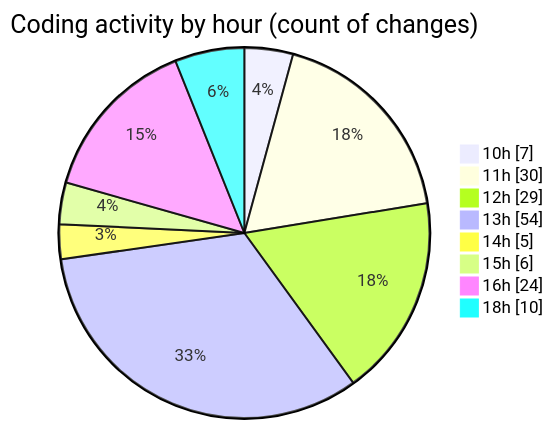
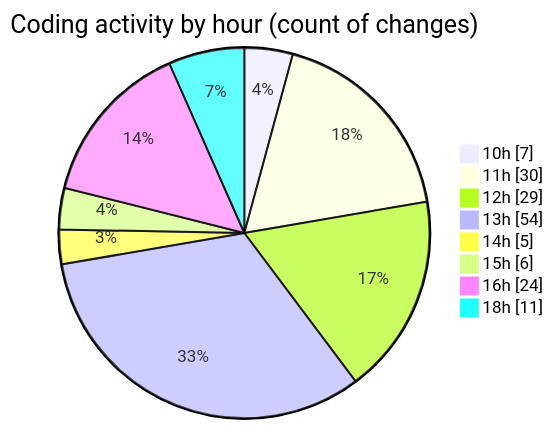
The second of 2 diagrams in 2025-06-26/cda/README.md (momahboobian/code-tracking), drawn with Mermaid before and after one commit. The commit also changed other lines of this file and 1 other file, not shown here.

````diff
--- a/2025-06-26/cda/README.md
+++ b/2025-06-26/cda/README.md
@@ -44,12 +44,12 @@
 ```mermaid
 pie showData
 title Coding activity by hour (count of changes)
 "10h" : 7
 "11h" : 30
 "12h" : 29
 "13h" : 54
 "14h" : 5
 "15h" : 6
 "16h" : 24
-"18h" : 10
+"18h" : 11
 ```
````
